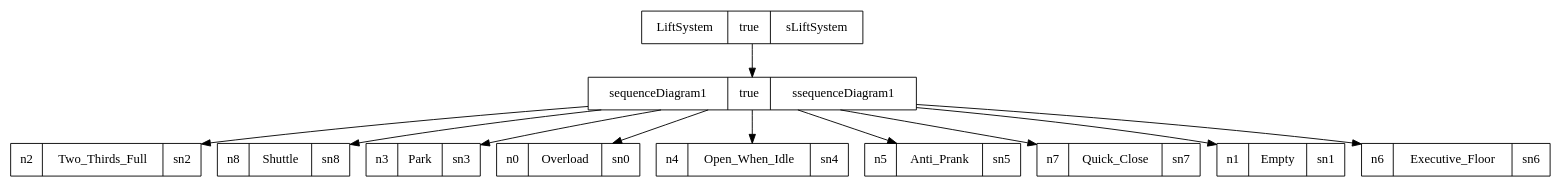
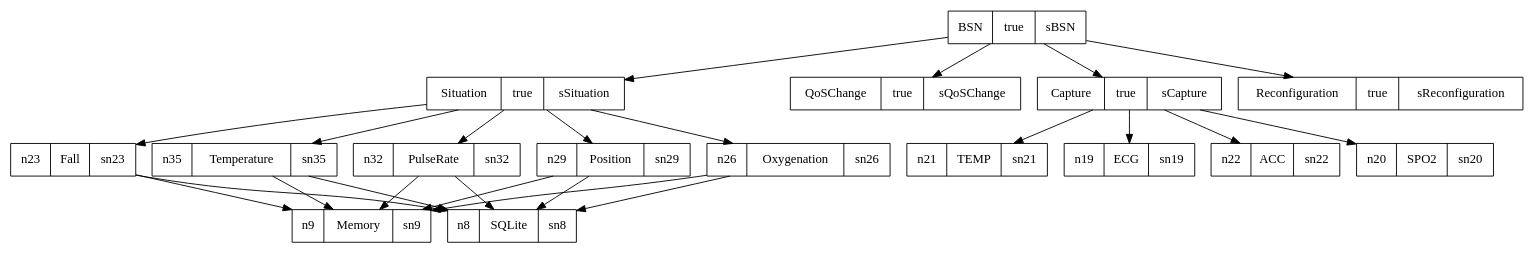
One commit to SPLMC/spl-generator changed the diagram in src/generatedModels/rdg_rdg.dot. Above: the diagram before and after it, drawn with Graphviz. The commit also changed 80 other files, not shown here.

```diff
--- a/src/generatedModels/rdg_rdg.dot
+++ b/src/generatedModels/rdg_rdg.dot
@@ -1,23 +1,49 @@
 digraph graphname {
-LiftSystem[shape=record, label="{{LiftSystem|true|sLiftSystem}}"];
-sequenceDiagram1[shape=record, label="{{sequenceDiagram1|true|ssequenceDiagram1}}"];
-n2[shape=record, label="{{n2|Two_Thirds_Full|sn2}}"];
-n8[shape=record, label="{{n8|Shuttle|sn8}}"];
-n3[shape=record, label="{{n3|Park|sn3}}"];
-n0[shape=record, label="{{n0|Overload|sn0}}"];
-n4[shape=record, label="{{n4|Open_When_Idle|sn4}}"];
-n5[shape=record, label="{{n5|Anti_Prank|sn5}}"];
-n7[shape=record, label="{{n7|Quick_Close|sn7}}"];
-n1[shape=record, label="{{n1|Empty|sn1}}"];
-n6[shape=record, label="{{n6|Executive_Floor|sn6}}"];
-LiftSystem -> sequenceDiagram1;
-sequenceDiagram1 -> n2;
-sequenceDiagram1 -> n8;
-sequenceDiagram1 -> n3;
-sequenceDiagram1 -> n0;
-sequenceDiagram1 -> n4;
-sequenceDiagram1 -> n5;
-sequenceDiagram1 -> n7;
-sequenceDiagram1 -> n1;
-sequenceDiagram1 -> n6;
+BSN[shape=record, label="{{BSN|true|sBSN}}"];
+Situation[shape=record, label="{{Situation|true|sSituation}}"];
+n23[shape=record, label="{{n23|Fall|sn23}}"];
+n9[shape=record, label="{{n9|Memory|sn9}}"];
+n8[shape=record, label="{{n8|SQLite|sn8}}"];
+n35[shape=record, label="{{n35|Temperature|sn35}}"];
+n9[shape=record, label="{{n9|Memory|sn9}}"];
+n8[shape=record, label="{{n8|SQLite|sn8}}"];
+n32[shape=record, label="{{n32|PulseRate|sn32}}"];
+n9[shape=record, label="{{n9|Memory|sn9}}"];
+n8[shape=record, label="{{n8|SQLite|sn8}}"];
+n29[shape=record, label="{{n29|Position|sn29}}"];
+n9[shape=record, label="{{n9|Memory|sn9}}"];
+n8[shape=record, label="{{n8|SQLite|sn8}}"];
+n26[shape=record, label="{{n26|Oxygenation|sn26}}"];
+n9[shape=record, label="{{n9|Memory|sn9}}"];
+n8[shape=record, label="{{n8|SQLite|sn8}}"];
+QoSChange[shape=record, label="{{QoSChange|true|sQoSChange}}"];
+Capture[shape=record, label="{{Capture|true|sCapture}}"];
+n19[shape=record, label="{{n19|ECG|sn19}}"];
+n22[shape=record, label="{{n22|ACC|sn22}}"];
+n20[shape=record, label="{{n20|SPO2|sn20}}"];
+n21[shape=record, label="{{n21|TEMP|sn21}}"];
+Reconfiguration[shape=record, label="{{Reconfiguration|true|sReconfiguration}}"];
+BSN -> Situation;
+Situation -> n23;
+n23 -> n9;
+n23 -> n8;
+Situation -> n35;
+n35 -> n9;
+n35 -> n8;
+Situation -> n32;
+n32 -> n9;
+n32 -> n8;
+Situation -> n29;
+n29 -> n9;
+n29 -> n8;
+Situation -> n26;
+n26 -> n9;
+n26 -> n8;
+BSN -> QoSChange;
+BSN -> Capture;
+Capture -> n19;
+Capture -> n22;
+Capture -> n20;
+Capture -> n21;
+BSN -> Reconfiguration;
 }
```
